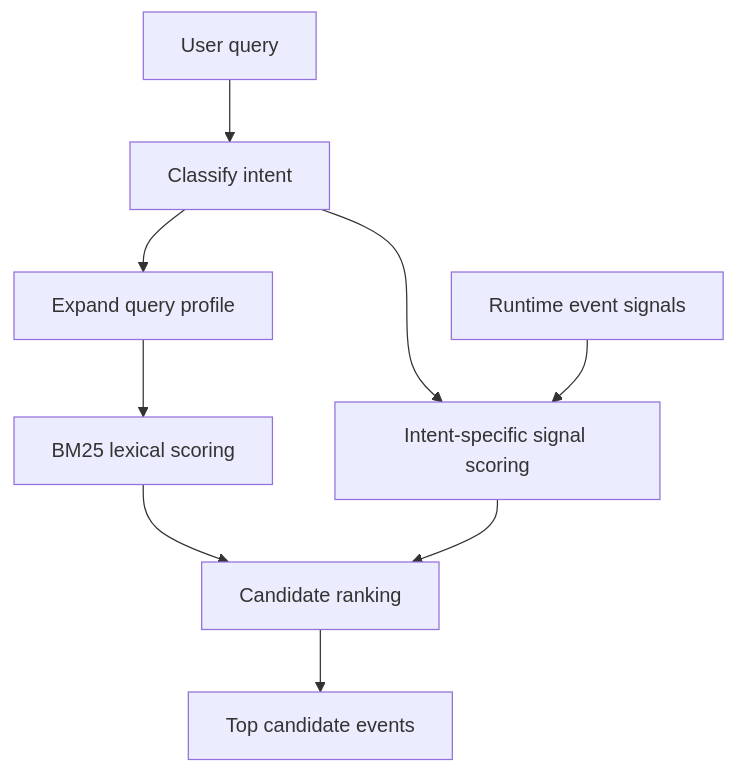
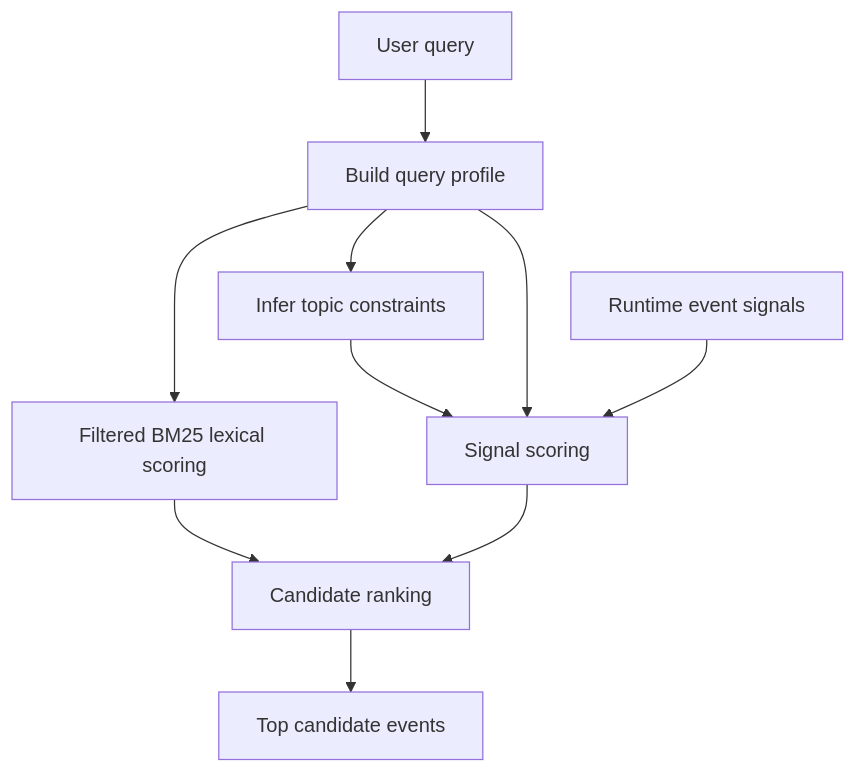
Before and after one commit to mithleshupadhyay/memorae_memory: the third of 7 diagrams in docs/DESIGN.md, drawn with Mermaid. The commit also changed other lines of this file and 7 other files, not shown here.

````diff
--- a/docs/DESIGN.md
+++ b/docs/DESIGN.md
@@ -152,11 +152,12 @@
 ```mermaid
 flowchart TD
-    A[User query] --> B[Classify intent]
-    B --> C[Expand query profile]
-    C --> D[BM25 lexical scoring]
-    B --> E[Intent-specific signal scoring]
+    A[User query] --> B[Build query profile]
+    B --> C[Infer topic constraints]
+    B --> D[Filtered BM25 lexical scoring]
+    C --> E[Signal scoring]
+    B --> E
     F[Runtime event signals] --> E
     D --> G[Candidate ranking]
     E --> G
     G --> H[Top candidate events]
 ```
````
